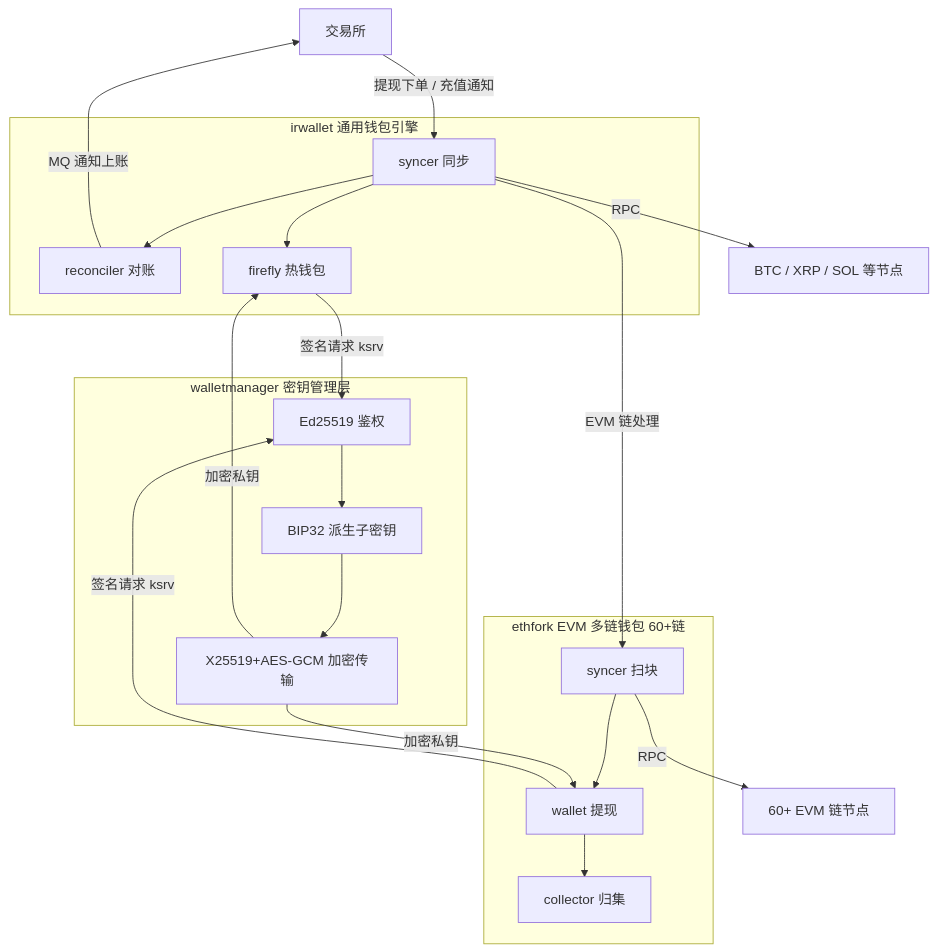
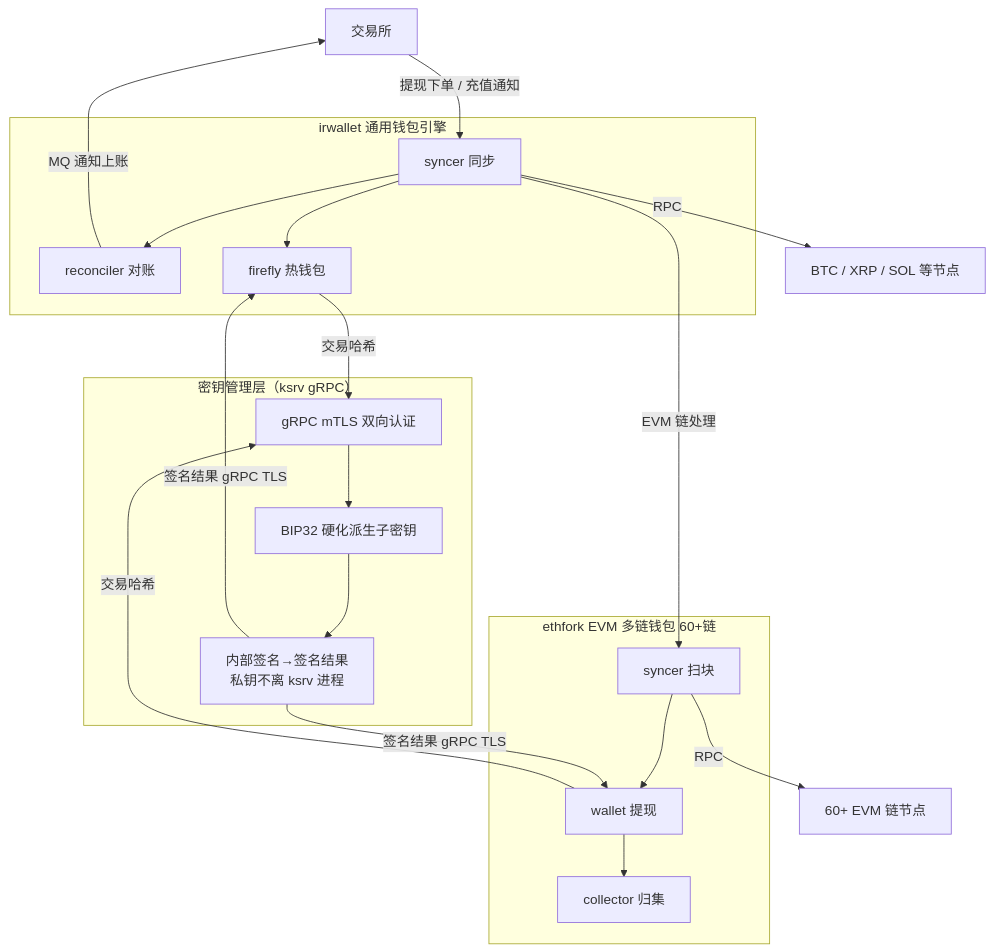
Before and after one commit to Dawanyezhi/Exchange-wallet: the first of 8 diagrams in interview-prep/README.md, drawn with Mermaid. The commit also changed other lines of this file and 1 other file, not shown here.

First line of the commit message:
docs: 移除 walletmanager 引用，全面换用 ksrv；增强流程图说明

````diff
--- a/interview-prep/README.md
+++ b/interview-prep/README.md
@@ -25,30 +25,30 @@
 ```mermaid
 flowchart TD
     A[交易所] -->|提现下单 / 充值通知| B
 
     subgraph irwallet["irwallet 通用钱包引擎"]
         B[syncer 同步] --> B2[reconciler 对账]
         B --> B3[firefly 热钱包]
     end
 
     B -->|EVM 链处理| C
 
     subgraph ethfork["ethfork EVM 多链钱包 60+链"]
         C[syncer 扫块] --> C2[wallet 提现]
         C2 --> C3[collector 归集]
     end
 
-    subgraph wm["walletmanager 密钥管理层"]
-        D[Ed25519 鉴权] --> D2[BIP32 派生子密钥]
-        D2 --> D3[X25519+AES-GCM 加密传输]
+    subgraph wm["密钥管理层（ksrv gRPC）"]
+        D[gRPC mTLS 双向认证] --> D2[BIP32 硬化派生子密钥]
+        D2 --> D3["内部签名→签名结果\n私钥不离 ksrv 进程"]
     end
 
-    C2 -->|签名请求 ksrv| D
-    B3 -->|签名请求 ksrv| D
-    D3 -->|加密私钥| C2
-    D3 -->|加密私钥| B3
+    C2 -->|"交易哈希"| D
+    B3 -->|"交易哈希"| D
+    D3 -->|"签名结果 gRPC TLS"| C2
+    D3 -->|"签名结果 gRPC TLS"| B3
 
     C -->|RPC| E[60+ EVM 链节点]
     B -->|RPC| F[BTC / XRP / SOL 等节点]
     B2 -->|MQ 通知上账| A
 ```
````
